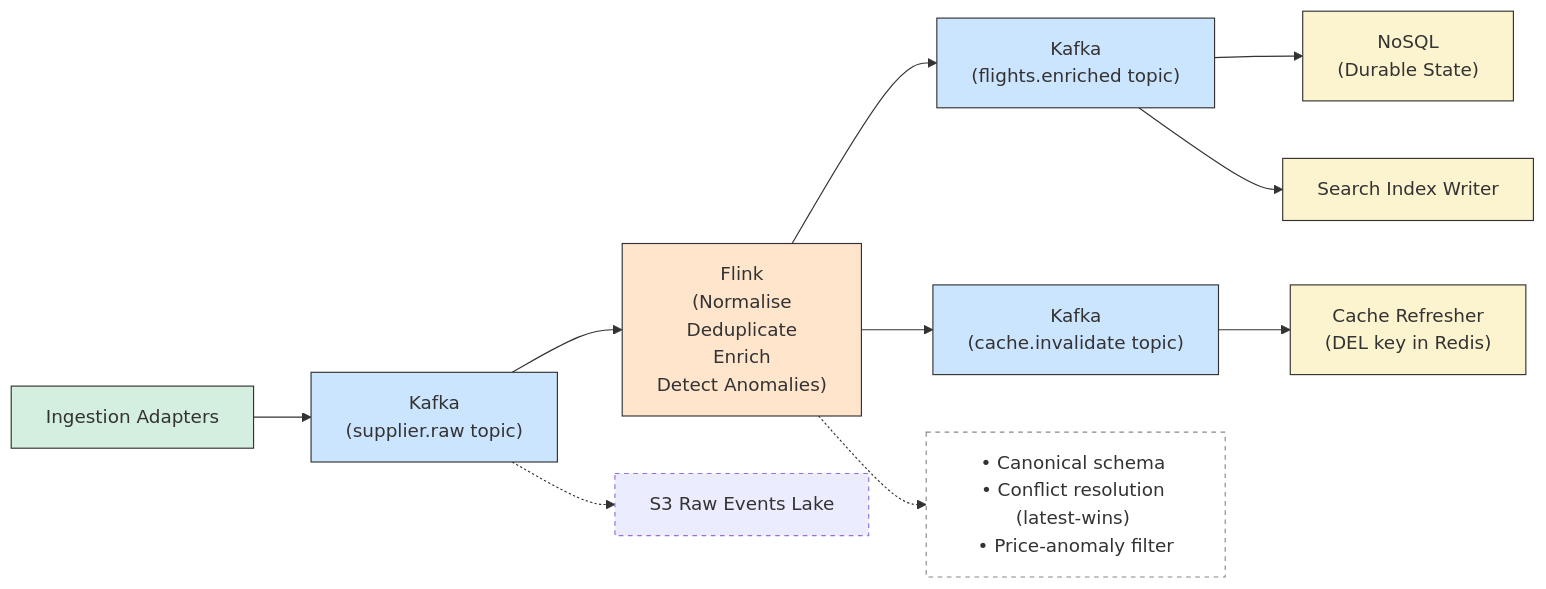
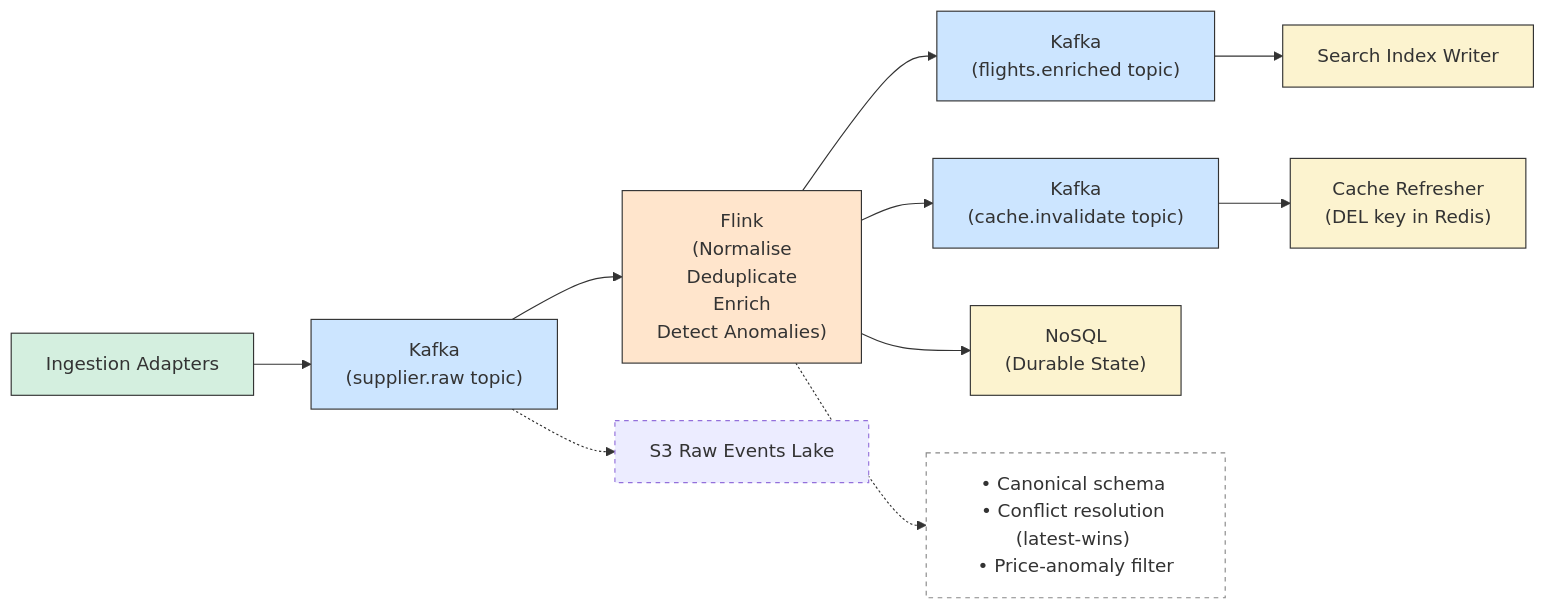
The diagram in source/data-flow-and-decoupling.mmd (tvergilio/enterprise-streaming-architecture), drawn with Mermaid before and after one commit. The commit also changed 1 other file, not shown here.

Commit message:
Fixed data flow diagram to correctly represent the source of NoSQL sink as FlinkJob instead of EnrichedTopic

```diff
--- a/source/data-flow-and-decoupling.mmd
+++ b/source/data-flow-and-decoupling.mmd
@@ -1,56 +1,57 @@
 ---
 config:
   theme: mc
   look: classic
 ---
 graph LR
     classDef dashed stroke-dasharray:4 4
     classDef note fill:#ffffff,stroke:#888,stroke-dasharray:4 4
     classDef kafka  fill:#CCE5FF,stroke:#333,stroke-width:1px
     classDef flink  fill:#FFE5CC,stroke:#333,stroke-width:1px
     classDef ingest fill:#D4EFDF,stroke:#333,stroke-width:1px        %% light green
     classDef sink   fill:#FCF3CF,stroke:#333,stroke-width:1px        %% light yellow
     classDef dashed stroke-dasharray:4 4
     classDef note   fill:#FFFFFF,stroke:#888,stroke-dasharray:4 4
 
     %% ─── Producers ───
     Ingest["Ingestion Adapters"] --> RawTopic["Kafka
     (supplier.raw topic)"]
 
     %% ─── Stream processing ───
     RawTopic --> FlinkJob["Flink
     (Normalise
     Deduplicate
     Enrich
     Detect Anomalies)"]
 
     %% ─── Topic fan-out ───
     FlinkJob --> EnrichedTopic["Kafka 
     (flights.enriched topic)"]
     FlinkJob --> InvalidateTopic["Kafka
     (cache.invalidate topic)"]
 
     %% ─── Consumers of flights.enriched ───
-    EnrichedTopic --> NoSQLSink["NoSQL 
-    (Durable State)"]
+    FlinkJob --> NoSQLSink["NoSQL 
+(Durable State)"]
+
     EnrichedTopic --> IndexSink["Search Index Writer"]
 
     %% ─── Consumer of cache.invalidate ───
     InvalidateTopic --> Refresher["Cache Refresher 
 (DEL key in Redis)"]
 
     %% ─── Side output for raw archive ───
     RawTopic -.-> RawLake["S3 Raw Events Lake"]:::dashed
 
     %% ─── Notes ───
     NoteFlink["• Canonical schema 
 • Conflict resolution (latest-wins) 
 • Price-anomaly filter"]:::note
     FlinkJob -.-> NoteFlink
 
     %% ─── Apply colouring ───
     class RawTopic,EnrichedTopic,InvalidateTopic kafka
     class FlinkJob flink
     class Ingest ingest
     class NoSQLSink,IndexSink,Refresher sink
     class RawLake dashed
```
